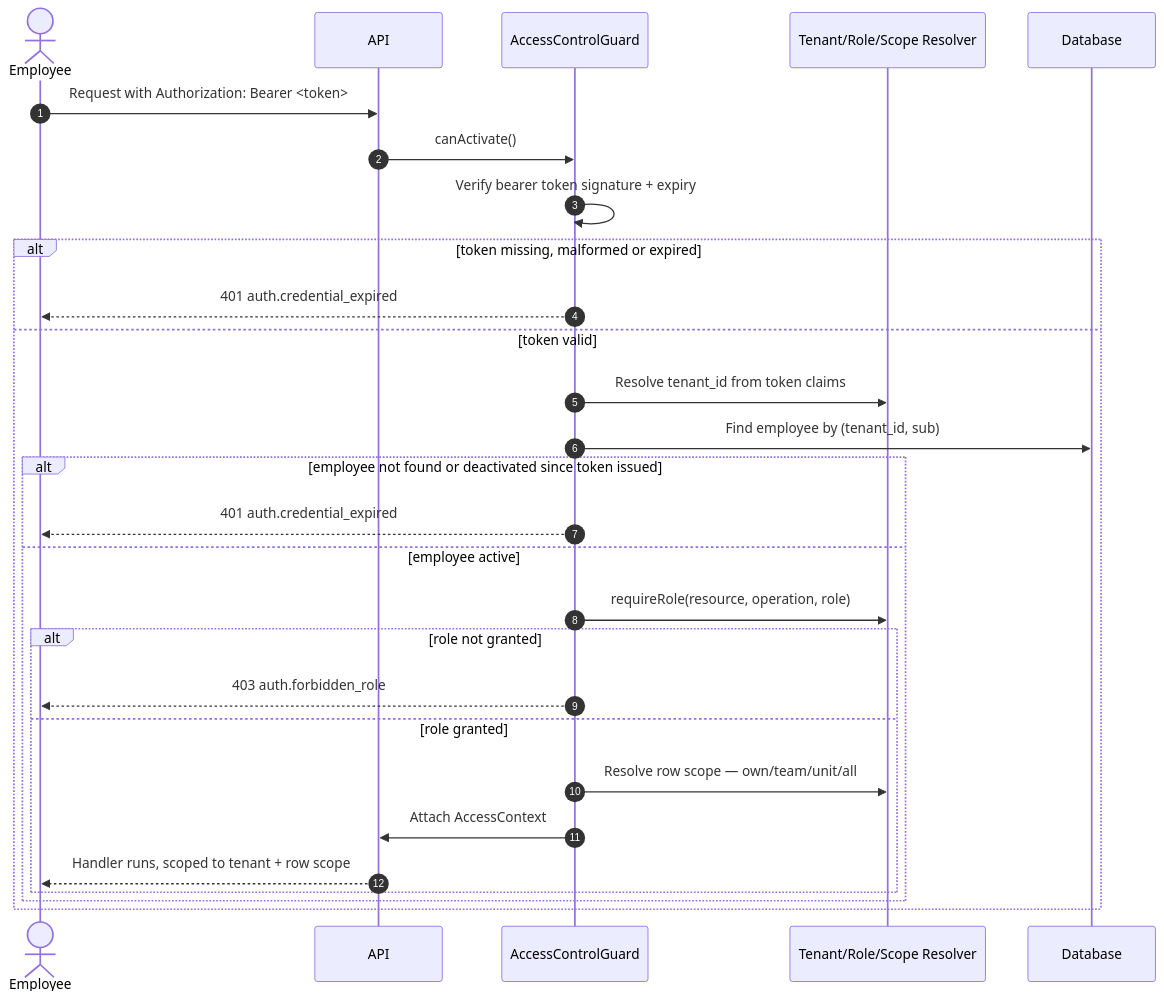
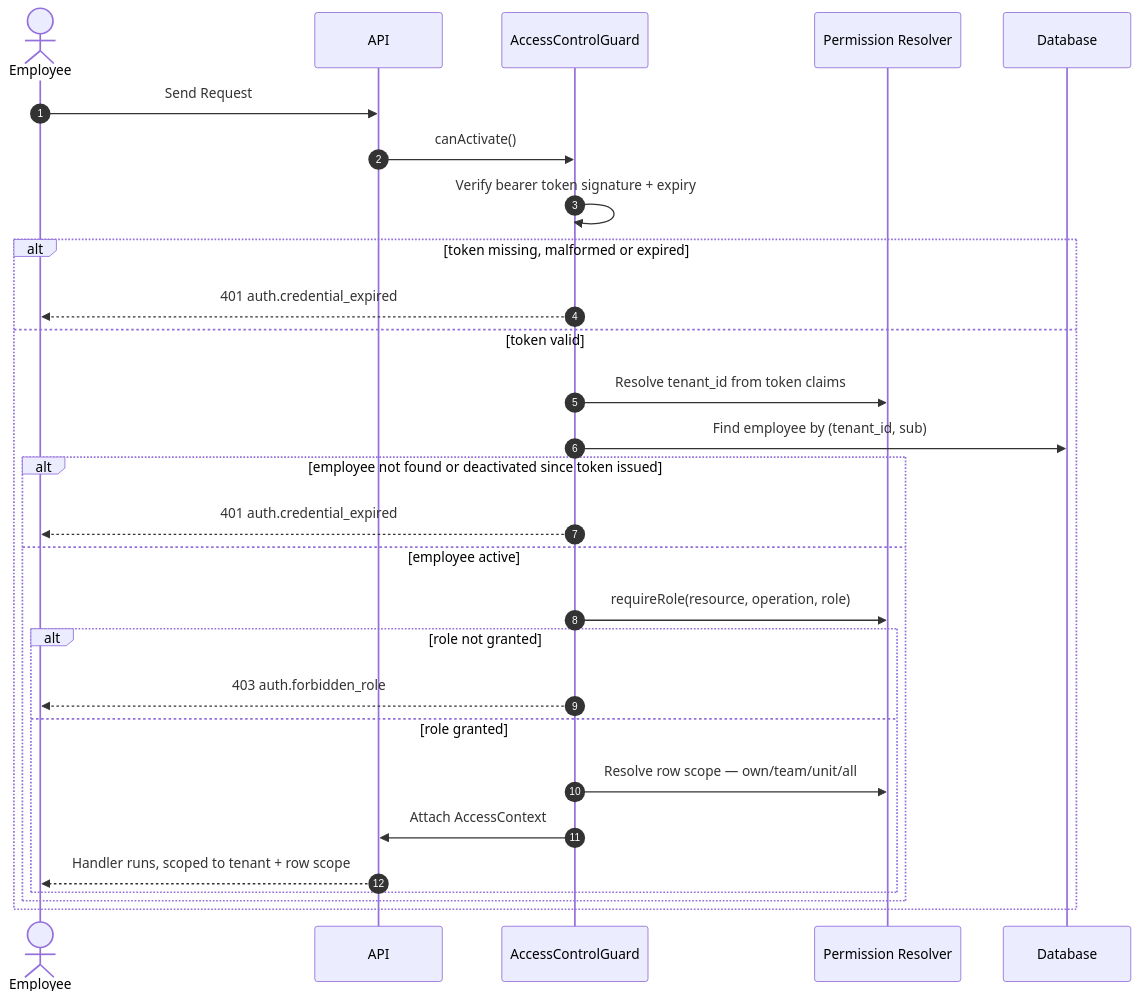
The second of 12 diagrams in docs/08-sequence-diagram.md (dDxCg/contrack), drawn with Mermaid before and after one commit. The commit also changed other lines of this file and 2 other files, not shown here.

Commit message:
sync staled class diagram and sequence diagrams

````diff
--- a/docs/08-sequence-diagram.md
+++ b/docs/08-sequence-diagram.md
@@ -35,31 +35,31 @@
 ```mermaid
 sequenceDiagram
     autonumber
     actor Employee
     participant API
     participant Guard as AccessControlGuard
-    participant Resolvers as Tenant/Role/Scope Resolver
+    participant Resolvers as Permission Resolver
     participant DB as Database
 
-    Employee->>API: Request with Authorization: Bearer <token>
+    Employee->>API: Send Request
     API->>Guard: canActivate()
     Guard->>Guard: Verify bearer token signature + expiry
     alt token missing, malformed or expired
         Guard-->>Employee: 401 auth.credential_expired
     else token valid
         Guard->>Resolvers: Resolve tenant_id from token claims
         Guard->>DB: Find employee by (tenant_id, sub)
         alt employee not found or deactivated since token issued
             Guard-->>Employee: 401 auth.credential_expired
         else employee active
             Guard->>Resolvers: requireRole(resource, operation, role)
             alt role not granted
                 Guard-->>Employee: 403 auth.forbidden_role
             else role granted
                 Guard->>Resolvers: Resolve row scope — own/team/unit/all
                 Guard->>API: Attach AccessContext
                 API-->>Employee: Handler runs, scoped to tenant + row scope
             end
         end
     end
 ```
````
